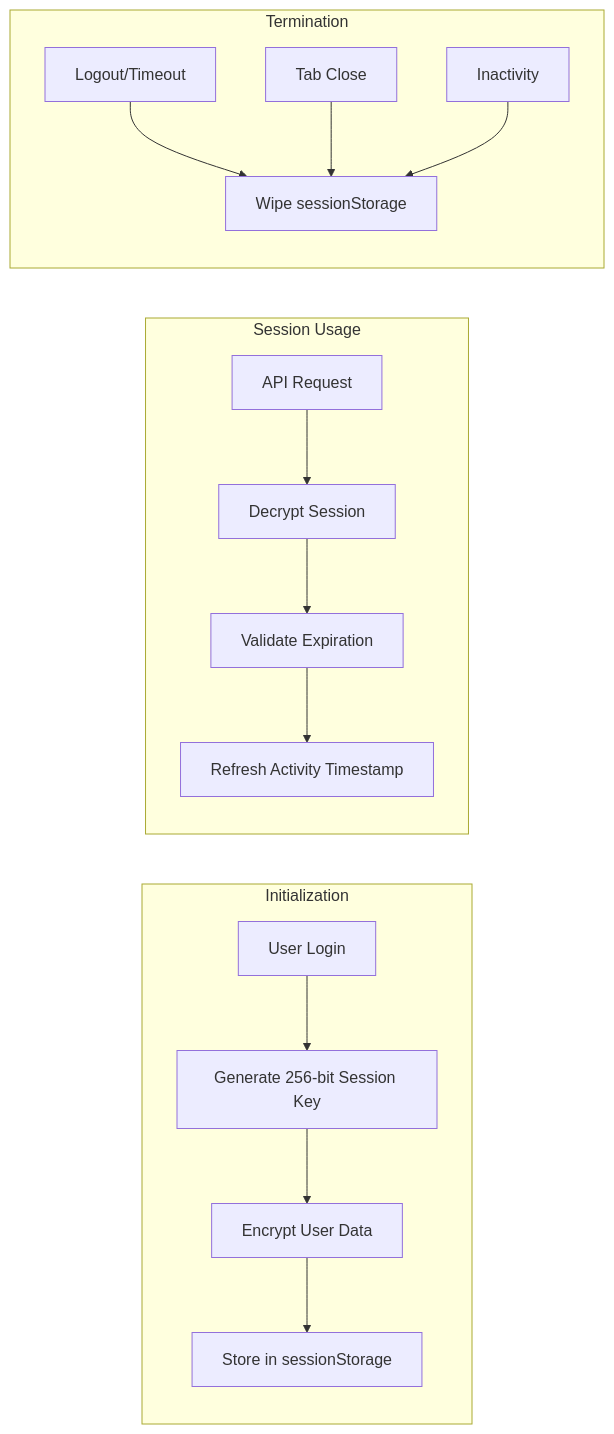
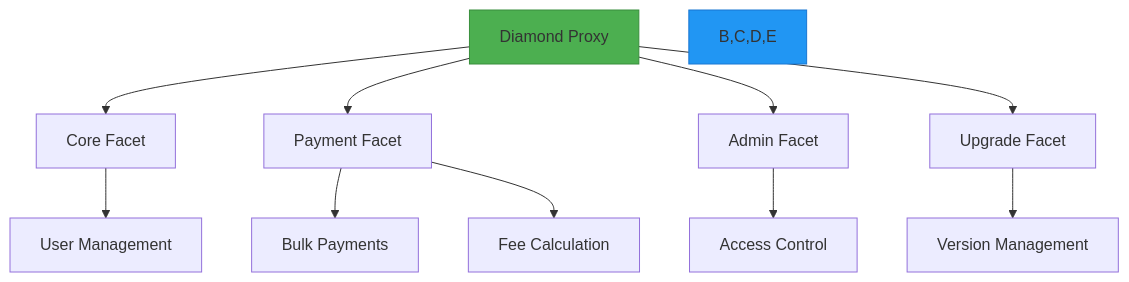
The first of 2 diagrams in README.md (strimz-headquarters/payroll_frontend_v1), drawn with Mermaid before and after one commit. The commit also changed other lines of this file, not shown here.

````diff
--- a/README.md
+++ b/README.md
@@ -71,20 +32,15 @@
 ```mermaid
-flowchart LR
-    subgraph Initialization
-        A[User Login] --> B[Generate 256-bit Session Key]
-        B --> C[Encrypt User Data]
-        C --> D[Store in sessionStorage]
-    end
+graph TD
+    A[Diamond Proxy] --> B[Core Facet]
+    A --> C[Payment Facet]
+    A --> D[Admin Facet]
+    A --> E[Upgrade Facet]
+    B --> F[User Management]
+    C --> G[Bulk Payments]
+    C --> H[Fee Calculation]
+    D --> I[Access Control]
+    E --> J[Version Management]
     
-    subgraph Session Usage
-        E[API Request] --> F[Decrypt Session]
-        F --> G[Validate Expiration]
-        G --> H[Refresh Activity Timestamp]
-    end
-    
-    subgraph Termination
-        I[Logout/Timeout] --> J[Wipe sessionStorage]
-        K[Tab Close] --> J
-        L[Inactivity] --> J
-    end
+    style A fill:#4CAF50,stroke:#388E3C
+    style B,C,D,E fill:#2196F3,stroke:#1976D2
 ```
````
